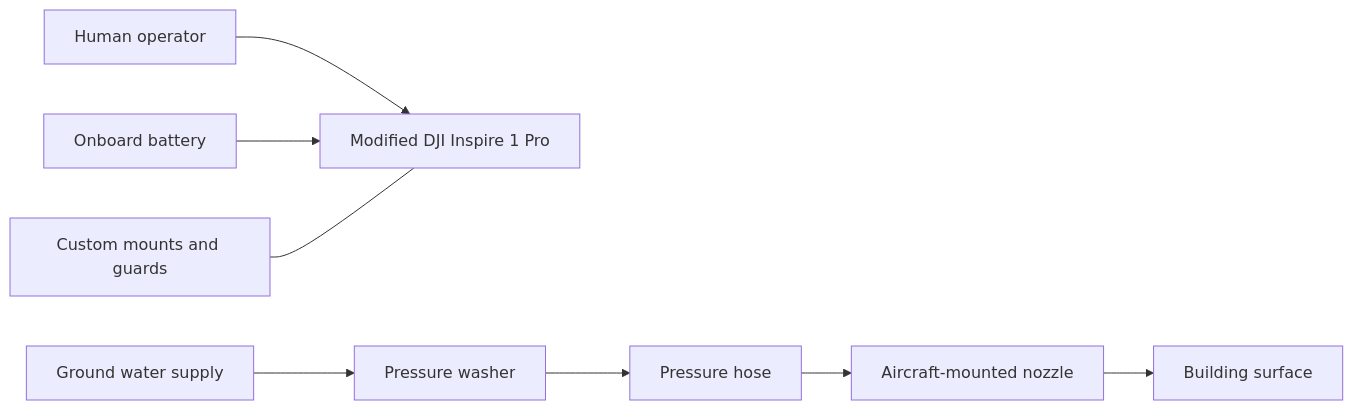
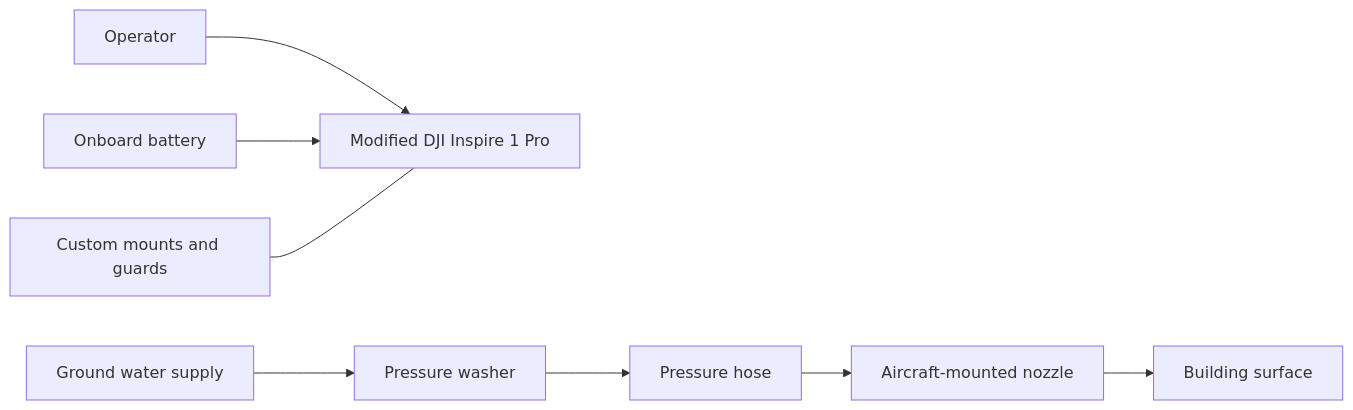
Before and after one commit to Kian-hdr/vitrobotics: the diagram in docs/architecture.md, drawn with Mermaid. The commit also changed other lines of this file and 13 other files, not shown here.

````diff
--- a/docs/architecture.md
+++ b/docs/architecture.md
@@ -5,10 +7,10 @@
 ```mermaid
 flowchart LR
-    Operator[Human operator] --> Aircraft[Modified DJI Inspire 1 Pro]
+    Operator[Operator] --> Aircraft[Modified DJI Inspire 1 Pro]
     Water[Ground water supply] --> Washer[Pressure washer]
     Washer --> Hose[Pressure hose]
     Hose --> Nozzle[Aircraft-mounted nozzle]
     Battery[Onboard battery] --> Aircraft
     Mounts[Custom mounts and guards] --- Aircraft
     Nozzle --> Surface[Building surface]
 ```
````
